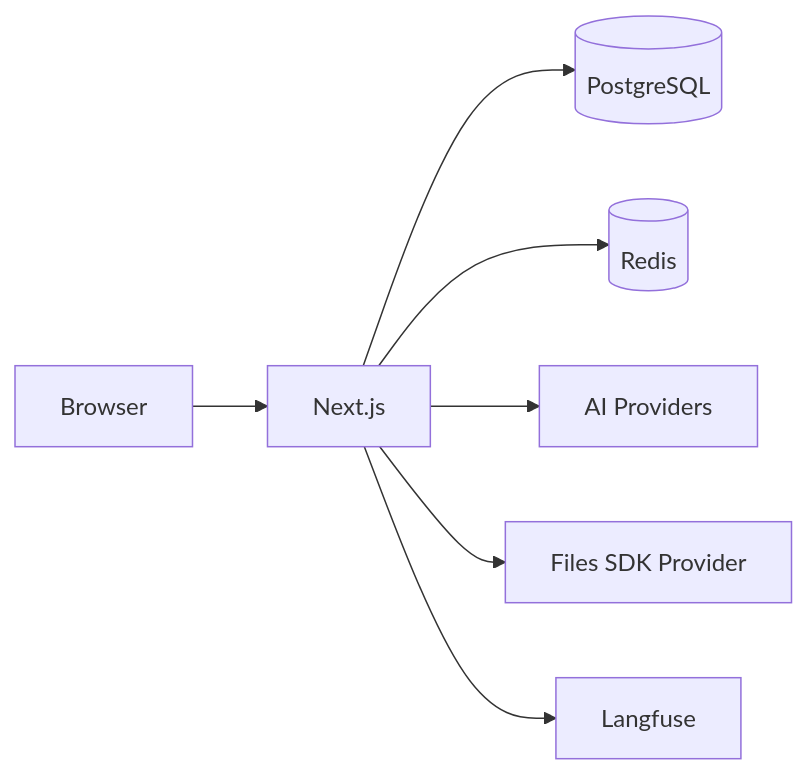
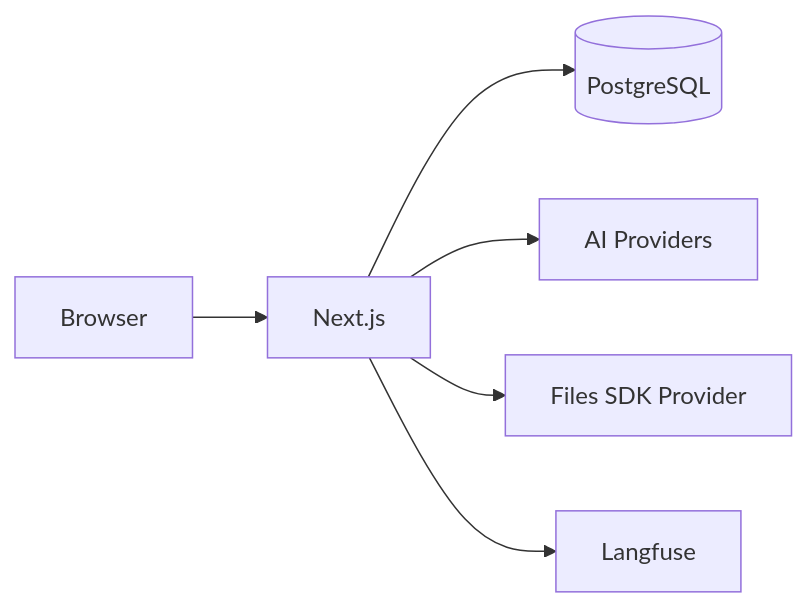
Before and after one commit to FranciscoMoretti/chat-js: the first of 2 diagrams in apps/docs/core/architecture.mdx, drawn with Mermaid. The commit also changed other lines of this file and 411 other files, not shown here.

````diff
--- a/apps/docs/core/architecture.mdx
+++ b/apps/docs/core/architecture.mdx
@@ -8,9 +8,8 @@
 ```mermaid
 flowchart LR
     Client[Browser] --> App[Next.js]
     App --> DB[(PostgreSQL)]
-    App --> Cache[(Redis)]
     App --> AI[AI Providers]
     App --> Storage[Files SDK Provider]
     App --> Observability[Langfuse]
 ```
````
